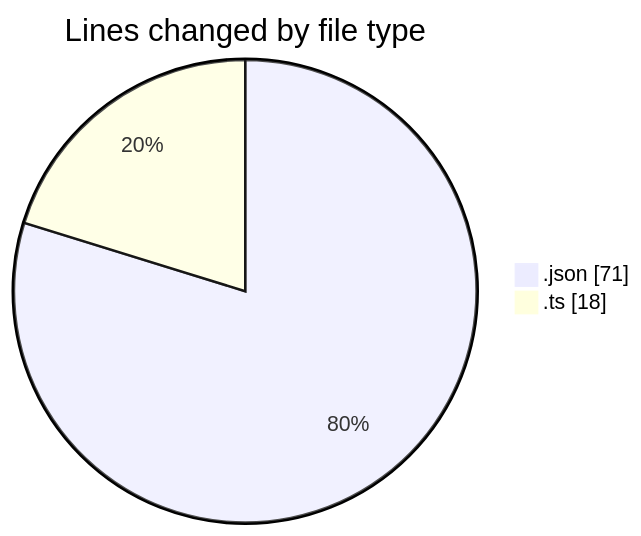
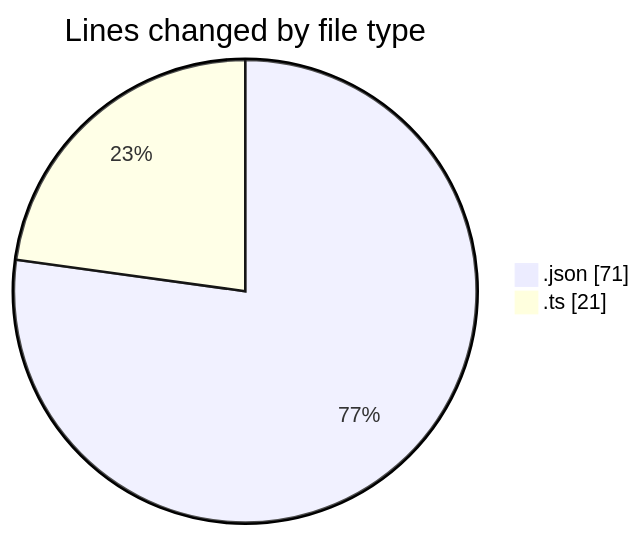
One commit to momahboobian/code-tracking changed the first of 2 diagrams in 2025-02-06/cda/README.md. Above: the diagram before and after it, drawn with Mermaid. The commit also changed other lines of this file and 1 other file, not shown here.

````diff
--- a/2025-02-06/cda/README.md
+++ b/2025-02-06/cda/README.md
@@ -21,6 +21,6 @@
 ```mermaid
 pie showData
 title Lines changed by file type
 ".json" : 71
-".ts" : 18
+".ts" : 21
 ```
````
